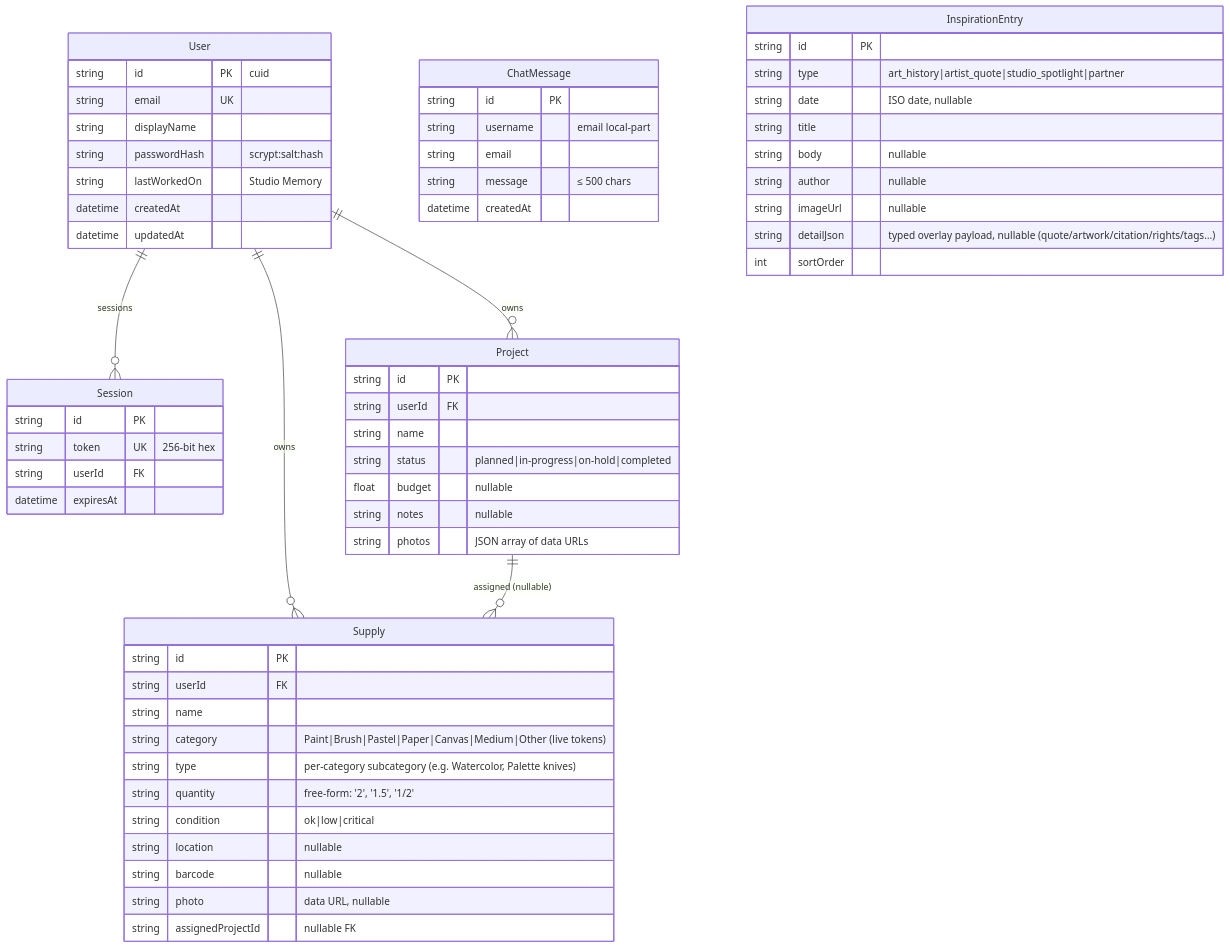
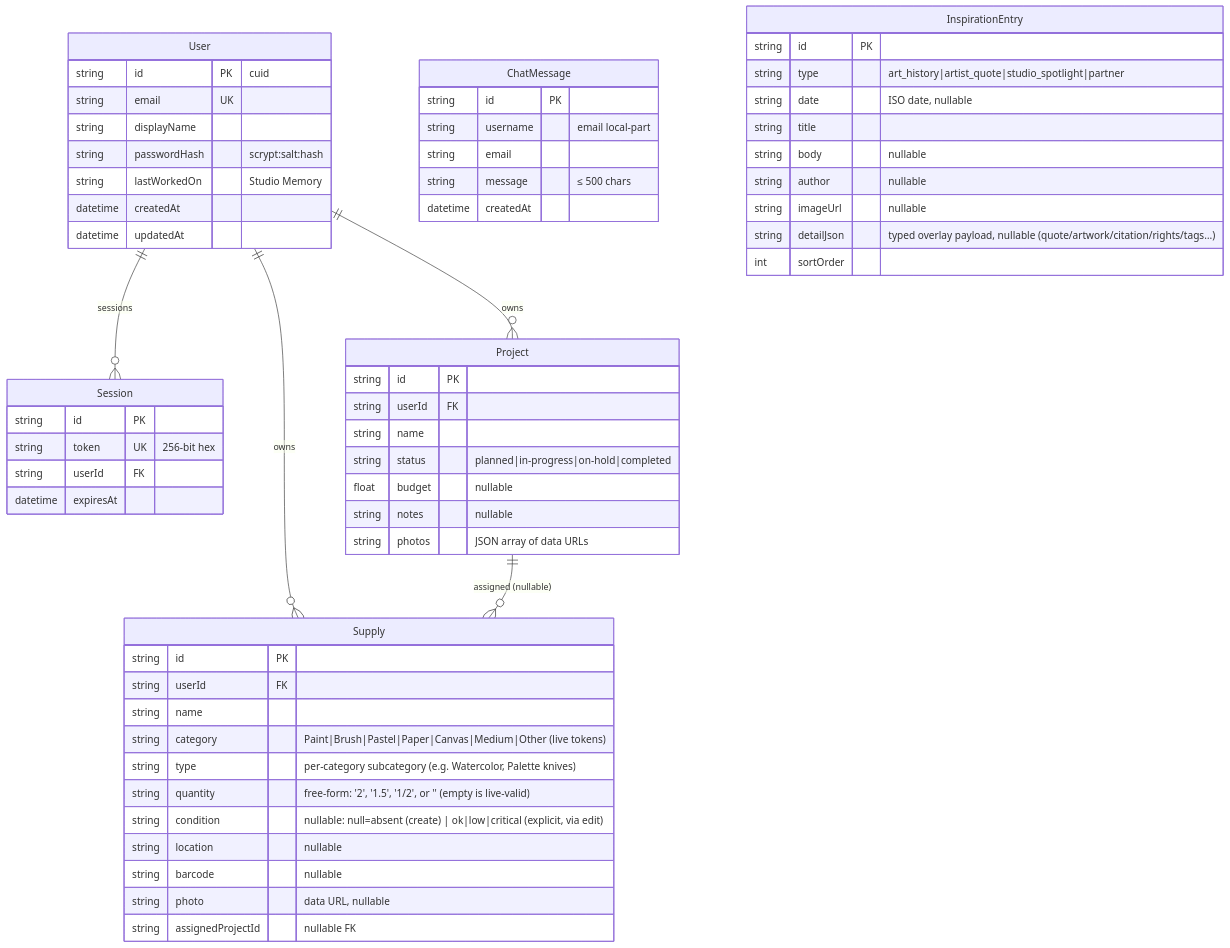
One commit to nordeim/art-supply-tracker changed the diagram in Project_Architecture_Document.md. Above: the diagram before and after it, drawn with Mermaid. The commit also changed other lines of this file and 19 other files, not shown here.

First line of the commit message:
fix(parity): r11 supply-contract pass — empty quantity, two-state condition, atomic delete (r11)

````diff
--- a/Project_Architecture_Document.md
+++ b/Project_Architecture_Document.md
@@ -614,63 +652,63 @@
 ```mermaid
 erDiagram
     User ||--o{ Session : "sessions"
     User ||--o{ Project : "owns"
     User ||--o{ Supply : "owns"
     Project ||--o{ Supply : "assigned (nullable)"
 
     User {
         string id PK "cuid"
         string email UK
         string displayName
         string passwordHash "scrypt:salt:hash"
         string lastWorkedOn "Studio Memory"
         datetime createdAt
         datetime updatedAt
     }
     Session {
         string id PK
         string token UK "256-bit hex"
         string userId FK
         datetime expiresAt
     }
     Project {
         string id PK
         string userId FK
         string name
         string status "planned|in-progress|on-hold|completed"
         float budget "nullable"
         string notes "nullable"
         string photos "JSON array of data URLs"
     }
     Supply {
         string id PK
         string userId FK
         string name
         string category "Paint|Brush|Pastel|Paper|Canvas|Medium|Other (live tokens)"
         string type "per-category subcategory (e.g. Watercolor, Palette knives)"
-        string quantity "free-form: '2', '1.5', '1/2'"
-        string condition "ok|low|critical"
+        string quantity "free-form: '2', '1.5', '1/2', or '' (empty is live-valid)"
+        string condition "nullable: null=absent (create) | ok|low|critical (explicit, via edit)"
         string location "nullable"
         string barcode "nullable"
         string photo "data URL, nullable"
         string assignedProjectId "nullable FK"
     }
     ChatMessage {
         string id PK
         string username "email local-part"
         string email
         string message "≤ 500 chars"
         datetime createdAt
     }
     InspirationEntry {
         string id PK
         string type "art_history|artist_quote|studio_spotlight|partner"
         string date "ISO date, nullable"
         string title
         string body "nullable"
         string author "nullable"
         string imageUrl "nullable"
         string detailJson "typed overlay payload, nullable (quote/artwork/citation/rights/tags…)"
         int sortOrder
     }
 ```
````
